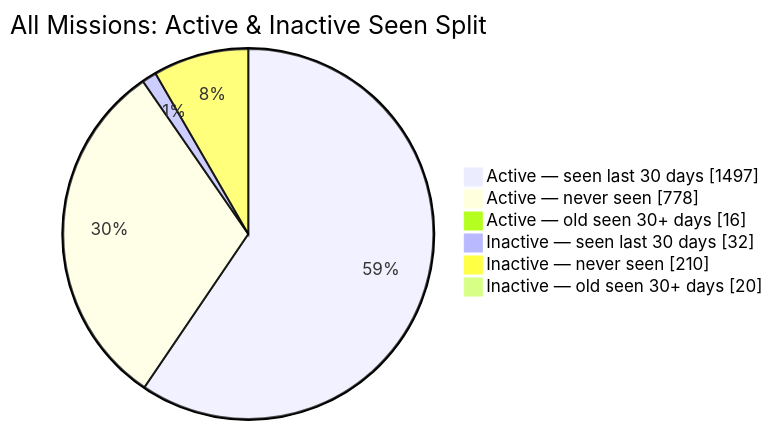
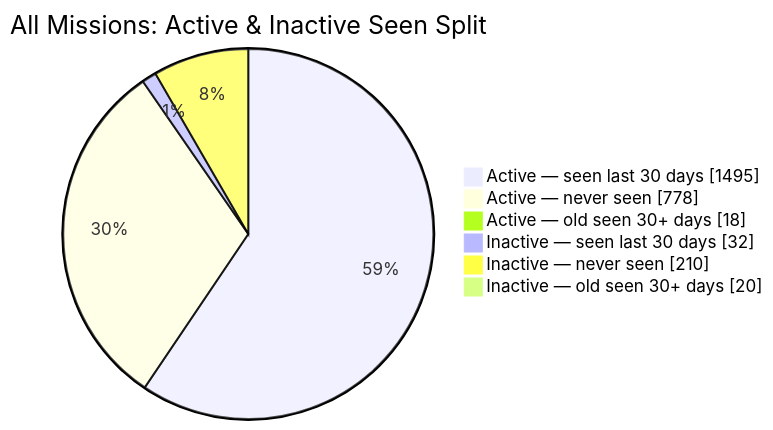
The second of 2 diagrams in README.md (MeldkamerspelGameTeam/active-missions), drawn with Mermaid before and after one commit. The commit also changed other lines of this file and 3 other files, not shown here.

````diff
--- a/README.md
+++ b/README.md
@@ -44,10 +44,10 @@
 ```mermaid
 pie showData
     title All Missions: Active & Inactive Seen Split
-    "Active — seen last 30 days" : 1497
+    "Active — seen last 30 days" : 1495
     "Active — never seen" : 778
-    "Active — old seen 30+ days" : 16
+    "Active — old seen 30+ days" : 18
     "Inactive — seen last 30 days" : 32
     "Inactive — never seen" : 210
     "Inactive — old seen 30+ days" : 20
 ```
````
